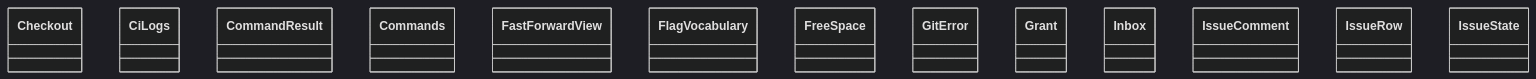
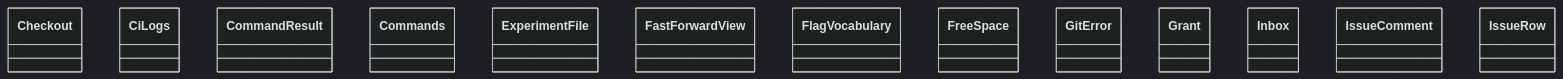
One commit to GonzaloZevallos/agentic-system changed the diagram in docs/architecture/generated/classes-process-application-support-2.md. Above: the diagram before and after it, drawn with Mermaid (dark theme). The commit also changed 7 other files, not shown here.

Commit message:
Regenerate the architecture docs for the experiment port and the launch arm

````diff
--- a/docs/architecture/generated/classes-process-application-support-2.md
+++ b/docs/architecture/generated/classes-process-application-support-2.md
@@ -16,16 +16,16 @@
 ```mermaid
 classDiagram
     class ports__Checkout["Checkout"]
     class ports__CiLogs["CiLogs"]
     class ports__CommandResult["CommandResult"]
     class ports__Commands["Commands"]
+    class ports__ExperimentFile["ExperimentFile"]
     class ports__FastForwardView["FastForwardView"]
     class ports__FlagVocabulary["FlagVocabulary"]
     class ports__FreeSpace["FreeSpace"]
     class ports__GitError["GitError"]
     class ports__Grant["Grant"]
     class ports__Inbox["Inbox"]
     class ports__IssueComment["IssueComment"]
     class ports__IssueRow["IssueRow"]
-    class ports__IssueState["IssueState"]
 ```
````
